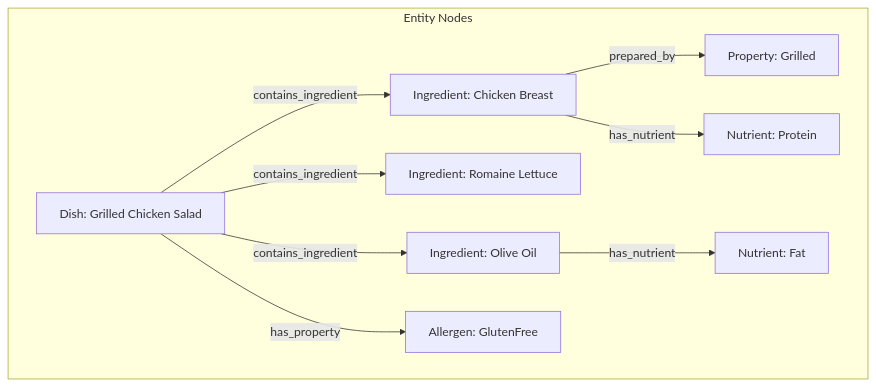
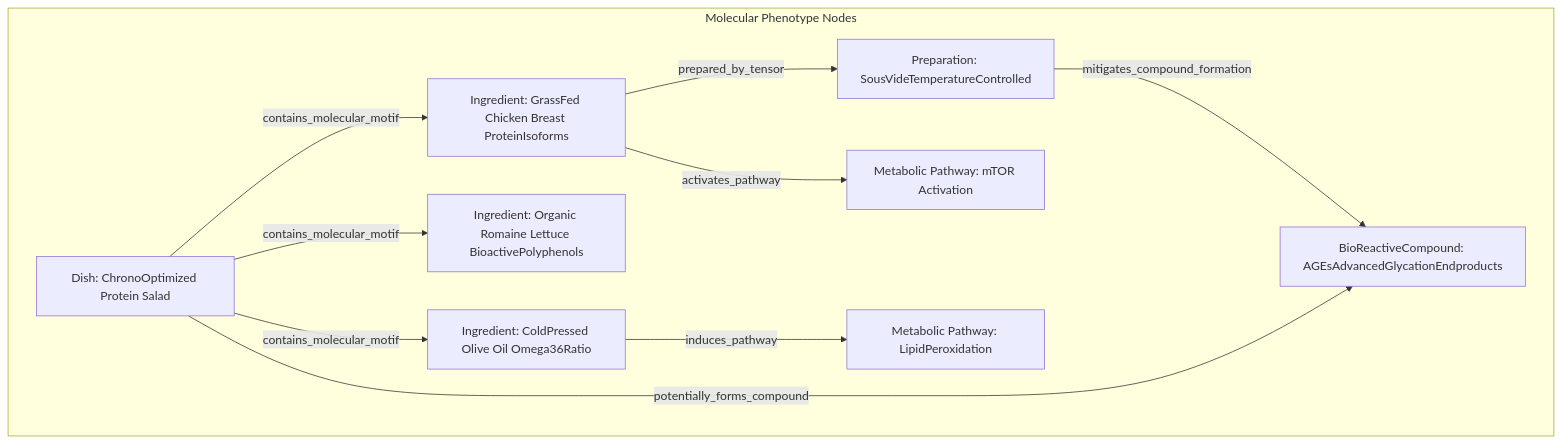
The sixth of 9 diagrams in inventions/109_ai_nutritionist_from_food_photos.md (diplomat-bit/Citibank_Demo_Business_Inc_Demonstration-), drawn with Mermaid before and after one commit. The commit also changed other lines of this file, not shown here.

````diff
--- a/inventions/109_ai_nutritionist_from_food_photos.md
+++ b/inventions/109_ai_nutritionist_from_food_photos.md
@@ -196,21 +230,22 @@
 ```mermaid
 graph TD
-    subgraph Entity Nodes
-        A[Dish: Grilled Chicken Salad]
-        B[Ingredient: Chicken Breast]
-        C[Ingredient: Romaine Lettuce]
-        D[Ingredient: Olive Oil]
-        E[Nutrient: Protein]
-        F[Nutrient: Fat]
-        G[Property: Grilled]
-        H[Allergen: GlutenFree]
+    subgraph Molecular Phenotype Nodes
+        A[Dish: ChronoOptimized Protein Salad]
+        B[Ingredient: GrassFed Chicken Breast ProteinIsoforms]
+        C[Ingredient: Organic Romaine Lettuce BioactivePolyphenols]
+        D[Ingredient: ColdPressed Olive Oil Omega36Ratio]
+        E[Metabolic Pathway: mTOR Activation]
+        F[Metabolic Pathway: LipidPeroxidation]
+        G[Preparation: SousVideTemperatureControlled]
+        H[BioReactiveCompound: AGEsAdvancedGlycationEndproducts]
     end
 
-    A -- contains_ingredient --> B
-    A -- contains_ingredient --> C
-    A -- contains_ingredient --> D
-    B -- prepared_by --> G
-    B -- has_nutrient --> E
-    D -- has_nutrient --> F
-    A -- has_property --> H
+    A -- contains_molecular_motif --> B
+    A -- contains_molecular_motif --> C
+    A -- contains_molecular_motif --> D
+    B -- prepared_by_tensor --> G
+    B -- activates_pathway --> E
+    D -- induces_pathway --> F
+    A -- potentially_forms_compound --> H
+    G -- mitigates_compound_formation --> H
 ```
````
